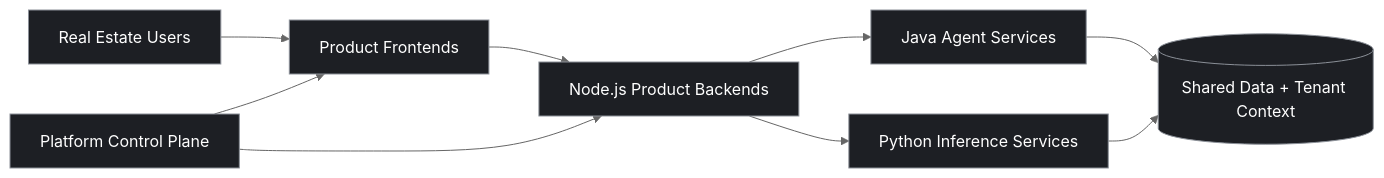
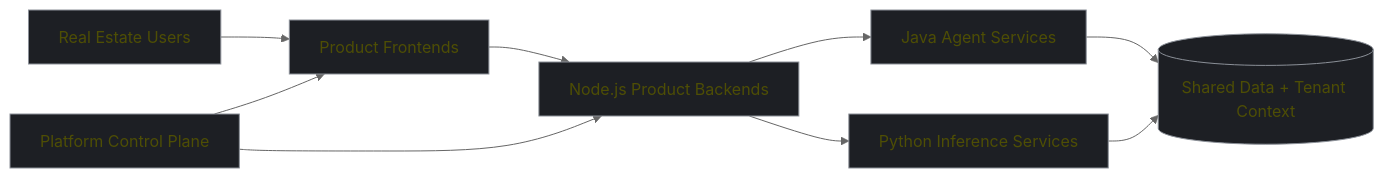
The first of 3 diagrams in README.md (dwayneblack786/ai-services-platform), drawn with Mermaid (neutral theme) before and after one commit.

````diff
--- a/README.md
+++ b/README.md
@@ -52,14 +52,14 @@
 ```mermaid
 flowchart LR
 	U[Real Estate Users] --> FE[Product Frontends]
 	FE --> BE[Node.js Product Backends]
 	BE --> J[Java Agent Services]
 	BE --> P[Python Inference Services]
 	J --> D[(Shared Data + Tenant Context)]
 	P --> D
 	PM[Platform Control Plane] --> FE
 	PM --> BE
 
-	classDef core fill:#1d1f24,stroke:#8b9098,color:#ffffff,stroke-width:1px;
+	classDef core fill:#1d1f24,stroke:#8b9098,color:#4e4e05 ,stroke-width:1px;
 	class U,FE,BE,J,P,D,PM core;
 ```
````
